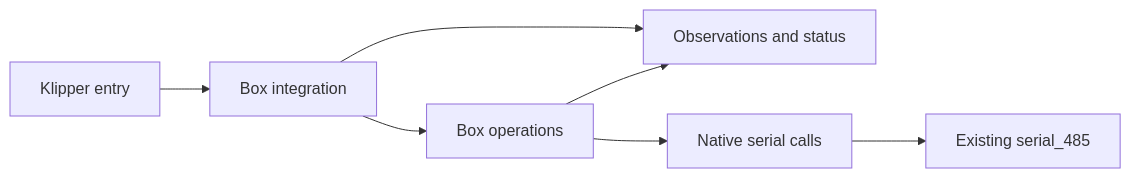
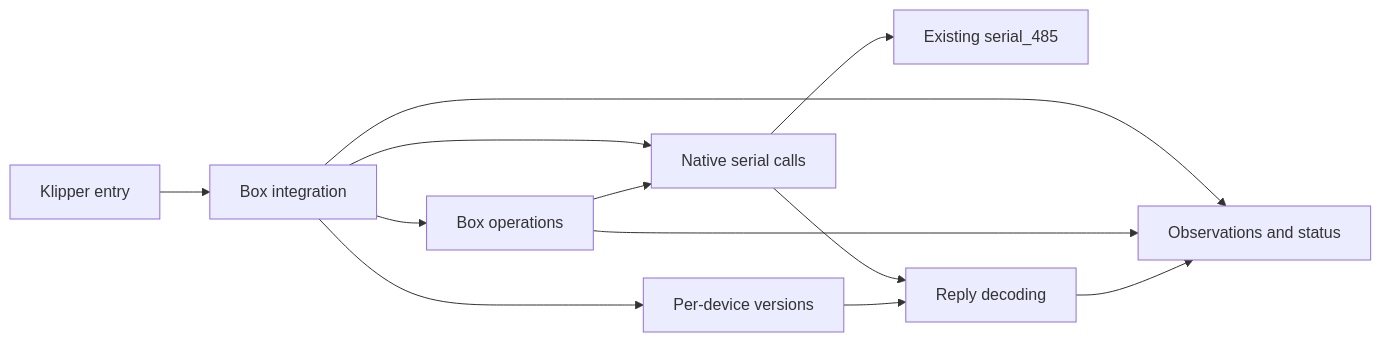
Before and after one commit to truestealth/cfs_klipper: the diagram in docs/architecture.md, drawn with Mermaid. The commit also changed other lines of this file and 20 other files, not shown here.

Commit message:
feat: integrate native serial and per-device CFS profiles

````diff
--- a/docs/architecture.md
+++ b/docs/architecture.md
@@ -36,9 +40,14 @@
 ```mermaid
 flowchart LR
     Entry[Klipper entry] --> Box[Box integration]
     Box --> Operations[Box operations]
     Box --> State[Observations and status]
+    Box --> Native[Native serial calls]
+    Box --> Versions[Per-device versions]
     Operations --> State
-    Operations --> Native[Native serial calls]
+    Operations --> Native
     Native --> Stock[Existing serial_485]
+    Native --> Decoder[Reply decoding]
+    Versions --> Decoder
+    Decoder --> State
 ```
````
